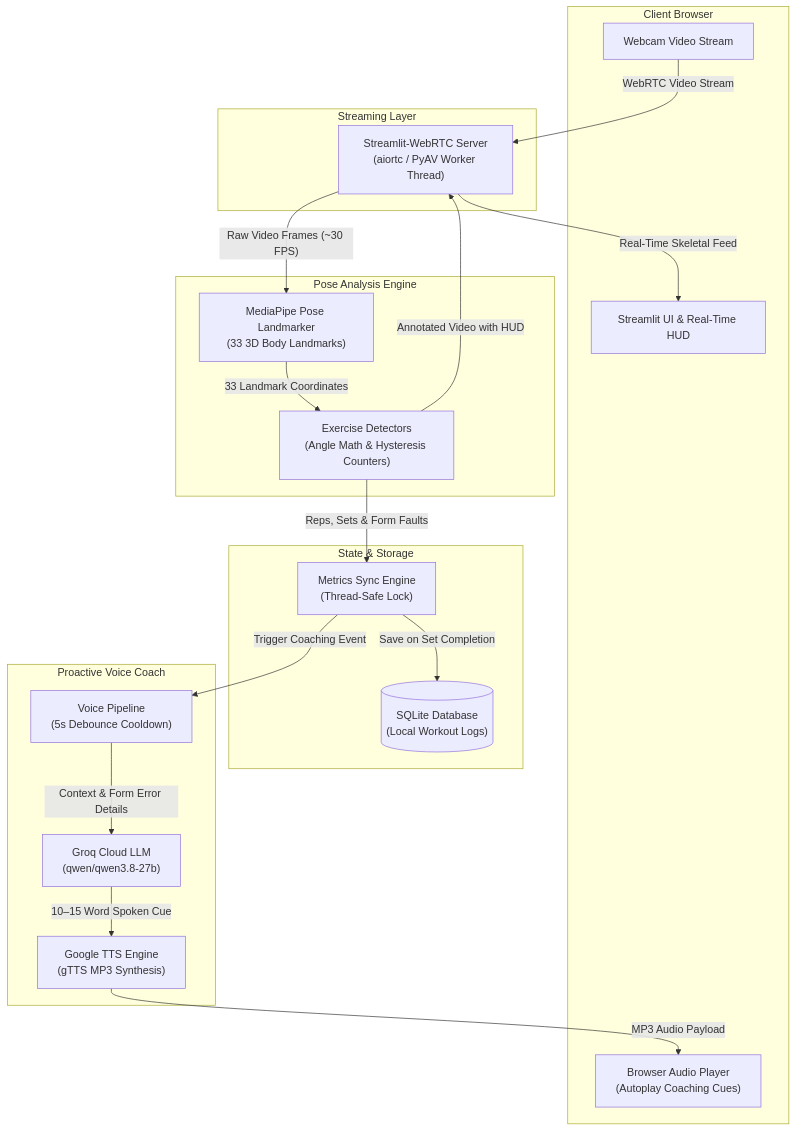
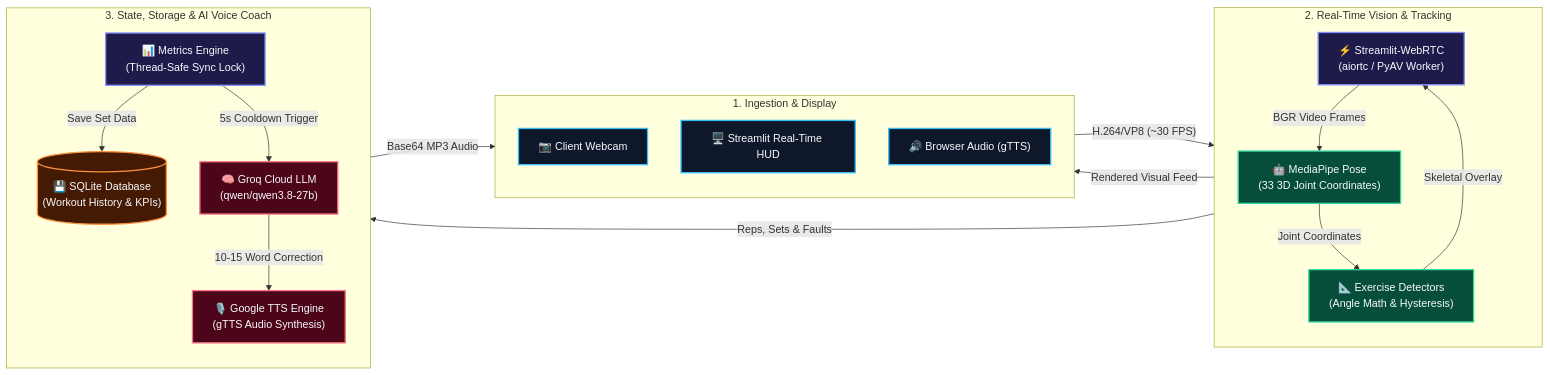
One commit to HariomGupta0/GymGuru_AI changed the first of 2 diagrams in README.md. Above: the diagram before and after it, drawn with Mermaid.

Commit message:
docs: modernize pipeline flowchart to horizontal colored layout

````diff
--- a/README.md
+++ b/README.md
@@ -43,40 +43,45 @@
 ```mermaid
-graph TD
-    subgraph Client["Client Browser"]
-        A["Webcam Video Stream"]
-        AP["Browser Audio Player<br/>(Autoplay Coaching Cues)"]
-        UI["Streamlit UI & Real-Time HUD"]
+flowchart LR
+    %% Modern Theme Styles
+    classDef client fill:#0f172a,stroke:#38bdf8,stroke-width:2px,color:#f8fafc;
+    classDef stream fill:#1e1b4b,stroke:#818cf8,stroke-width:2px,color:#f8fafc;
+    classDef vision fill:#064e3b,stroke:#34d399,stroke-width:2px,color:#f8fafc;
+    classDef storage fill:#451a03,stroke:#fb923c,stroke-width:2px,color:#f8fafc;
+    classDef coach fill:#4c0519,stroke:#fb7185,stroke-width:2px,color:#f8fafc;
+
+    subgraph CLIENT["1. Ingestion & Display"]
+        direction TB
+        CAM["📷 Client Webcam"]:::client
+        HUD["🖥️ Streamlit Real-Time HUD"]:::client
+        SPK["🔊 Browser Audio (gTTS)"]:::client
     end
 
-    subgraph Streaming["Streaming Layer"]
-        B["Streamlit-WebRTC Server<br/>(aiortc / PyAV Worker Thread)"]
+    subgraph VISION_PIPE["2. Real-Time Vision & Tracking"]
+        direction TB
+        RTC["⚡ Streamlit-WebRTC<br/>(aiortc / PyAV Worker)"]:::stream
+        MP["🤖 MediaPipe Pose<br/>(33 3D Joint Coordinates)"]:::vision
+        DET["📐 Exercise Detectors<br/>(Angle Math & Hysteresis)"]:::vision
     end
 
-    subgraph Vision["Pose Analysis Engine"]
-        C["MediaPipe Pose Landmarker<br/>(33 3D Body Landmarks)"]
-        D["Exercise Detectors<br/>(Angle Math & Hysteresis Counters)"]
+    subgraph AI_BACKEND["3. State, Storage & AI Voice Coach"]
+        direction TB
+        ENG["📊 Metrics Engine<br/>(Thread-Safe Sync Lock)"]:::stream
+        DB[("💾 SQLite Database<br/>(Workout History & KPIs)")]:::storage
+        LLM["🧠 Groq Cloud LLM<br/>(qwen/qwen3.8-27b)"]:::coach
+        TTS["🎙️ Google TTS Engine<br/>(gTTS Audio Synthesis)"]:::coach
     end
 
-    subgraph Backend["State & Storage"]
-        E["Metrics Sync Engine<br/>(Thread-Safe Lock)"]
-        F[("SQLite Database<br/>(Local Workout Logs)")]
-    end
+    %% Real-time Vision Loop
+    CAM -->|"H.264/VP8 (~30 FPS)"| RTC
+    RTC -->|"BGR Video Frames"| MP
+    MP -->|"Joint Coordinates"| DET
+    DET -->|"Skeletal Overlay"| RTC
+    RTC -->|"Rendered Visual Feed"| HUD
 
-    subgraph VoiceAI["Proactive Voice Coach"]
-        G["Voice Pipeline<br/>(5s Debounce Cooldown)"]
-        H["Groq Cloud LLM<br/>(qwen/qwen3.8-27b)"]
-        I["Google TTS Engine<br/>(gTTS MP3 Synthesis)"]
-    end
-
-    A -->|"WebRTC Video Stream"| B
-    B -->|"Raw Video Frames (~30 FPS)"| C
-    C -->|"33 Landmark Coordinates"| D
-    D -->|"Annotated Video with HUD"| B
-    B -->|"Real-Time Skeletal Feed"| UI
-    D -->|"Reps, Sets & Form Faults"| E
-    E -->|"Save on Set Completion"| F
-    E -->|"Trigger Coaching Event"| G
-    G -->|"Context & Form Error Details"| H
-    H -->|"10–15 Word Spoken Cue"| I
-    I -->|"MP3 Audio Payload"| AP
+    %% Metrics & Voice Coaching Loop
+    DET -->|"Reps, Sets & Faults"| ENG
+    ENG -->|"Save Set Data"| DB
+    ENG -->|"5s Cooldown Trigger"| LLM
+    LLM -->|"10-15 Word Correction"| TTS
+    TTS -->|"Base64 MP3 Audio"| SPK
 ```
````
